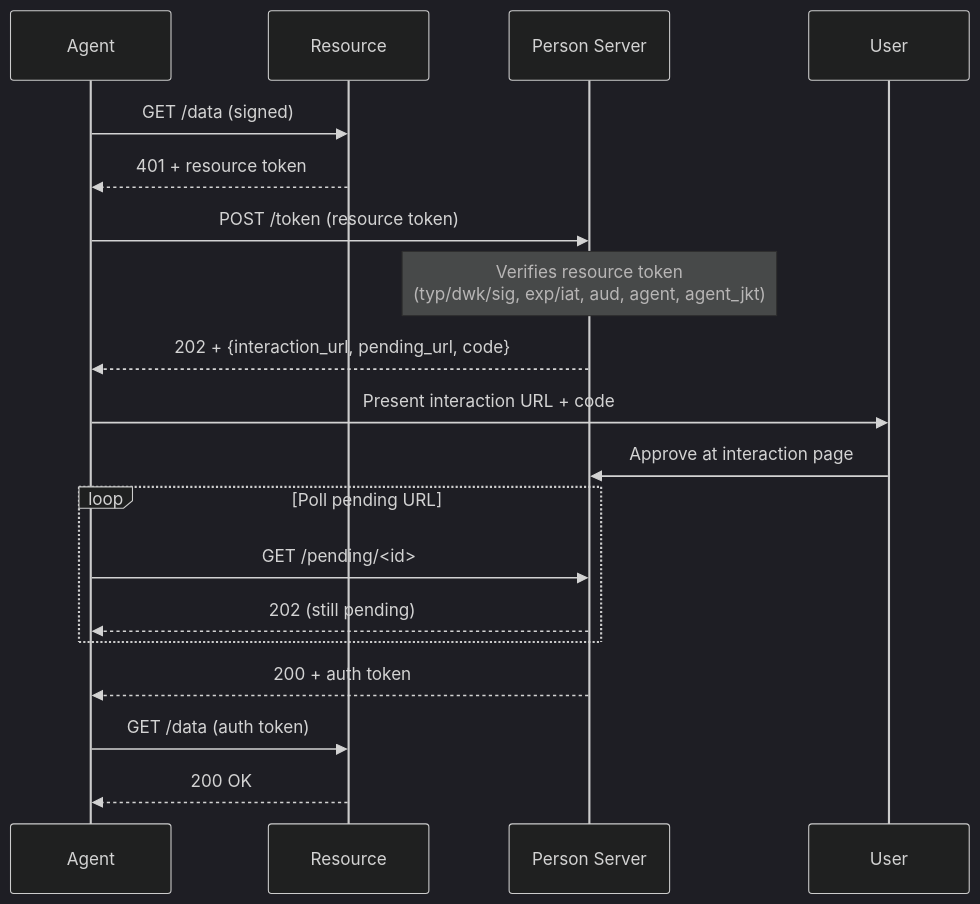
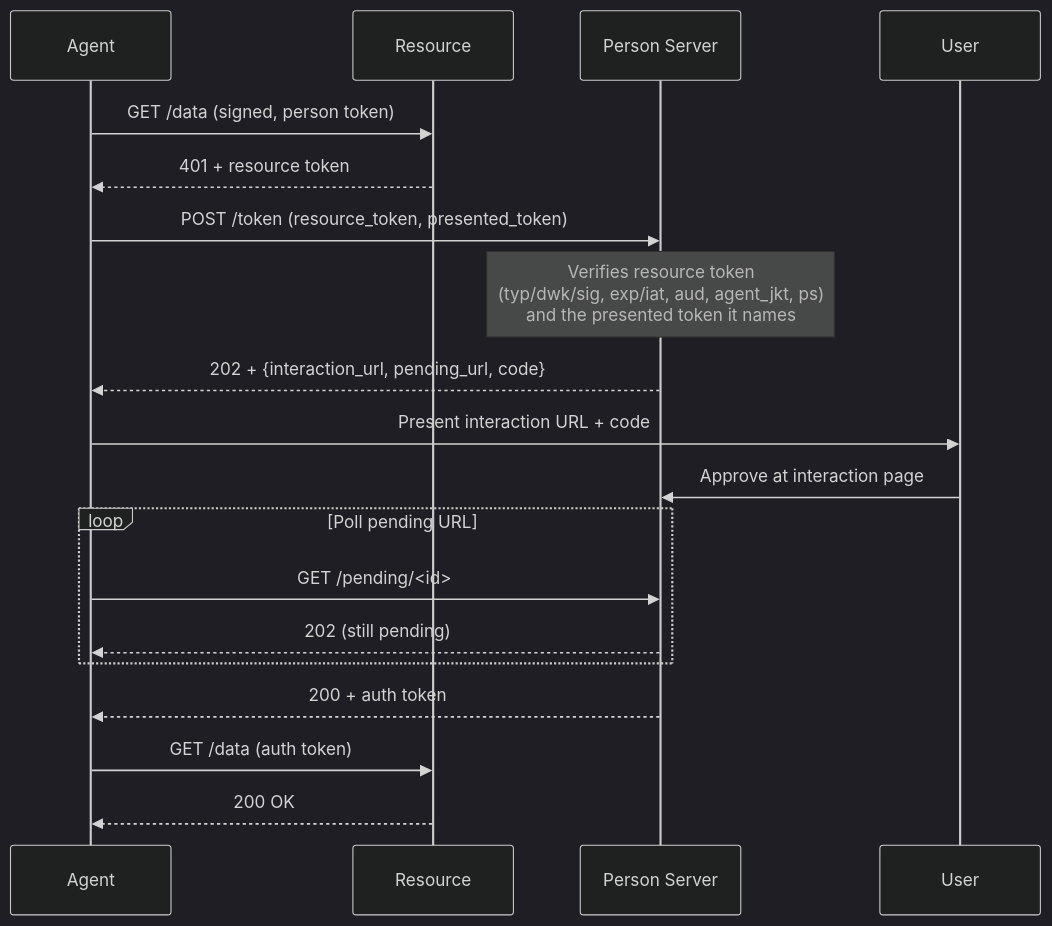
One commit to aauth-dev/dotnet-samples changed the diagram in docs/workflows/deferred-consent.md. Above: the diagram before and after it, drawn with Mermaid (dark theme). The commit also changed other lines of this file and 26 other files, not shown here.

````diff
--- a/docs/workflows/deferred-consent.md
+++ b/docs/workflows/deferred-consent.md
@@ -7,21 +7,21 @@
 ```mermaid
 sequenceDiagram
     participant Agent
     participant Resource
     participant PS as Person Server
     participant User
-    Agent->>Resource: GET /data (signed)
+    Agent->>Resource: GET /data (signed, person token)
     Resource-->>Agent: 401 + resource token
-    Agent->>PS: POST /token (resource token)
-    Note over PS: Verifies resource token<br/>(typ/dwk/sig, exp/iat, aud, agent, agent_jkt)
+    Agent->>PS: POST /token (resource_token, presented_token)
+    Note over PS: Verifies resource token<br/>(typ/dwk/sig, exp/iat, aud, agent_jkt, ps)<br/>and the presented token it names
     PS-->>Agent: 202 + {interaction_url, pending_url, code}
     Agent->>User: Present interaction URL + code
     User->>PS: Approve at interaction page
     loop Poll pending URL
         Agent->>PS: GET /pending/<id>
         PS-->>Agent: 202 (still pending)
     end
     PS-->>Agent: 200 + auth token
     Agent->>Resource: GET /data (auth token)
     Resource-->>Agent: 200 OK
 ```
````
